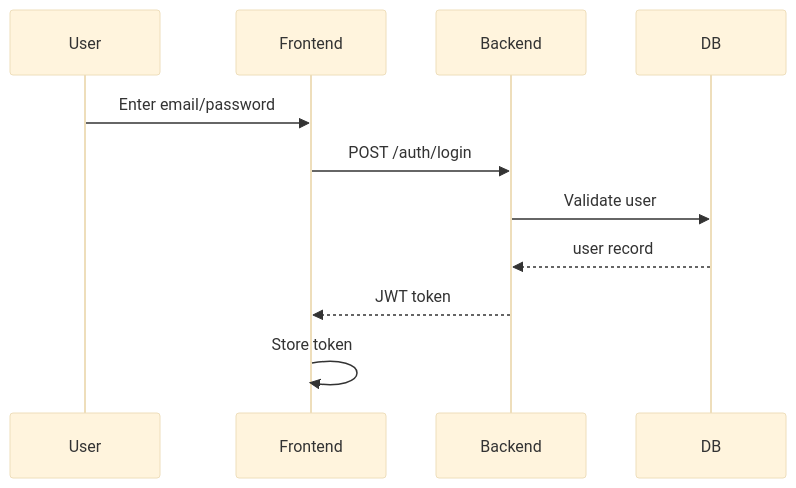
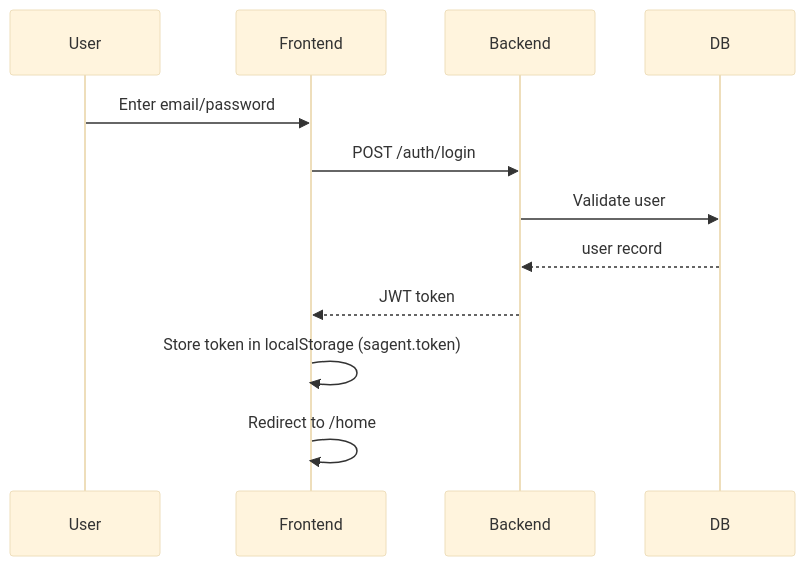
The first of 15 diagrams in docs/7__Sequence-Interaction-Design.md (OceanStar88/Sagent), drawn with Mermaid (base theme) before and after one commit. The commit also changed other lines of this file and 181 other files, not shown here.

````diff
--- a/docs/7__Sequence-Interaction-Design.md
+++ b/docs/7__Sequence-Interaction-Design.md
@@ -21,14 +21,15 @@
 ```mermaid
 sequenceDiagram
     participant User
     participant Frontend
     participant Backend
     participant DB
 
     User->>Frontend: Enter email/password
     Frontend->>Backend: POST /auth/login
     Backend->>DB: Validate user
     DB-->>Backend: user record
     Backend-->>Frontend: JWT token
-    Frontend->>Frontend: Store token
+    Frontend->>Frontend: Store token in localStorage (sagent.token)
+    Frontend->>Frontend: Redirect to /home
 ```
````
